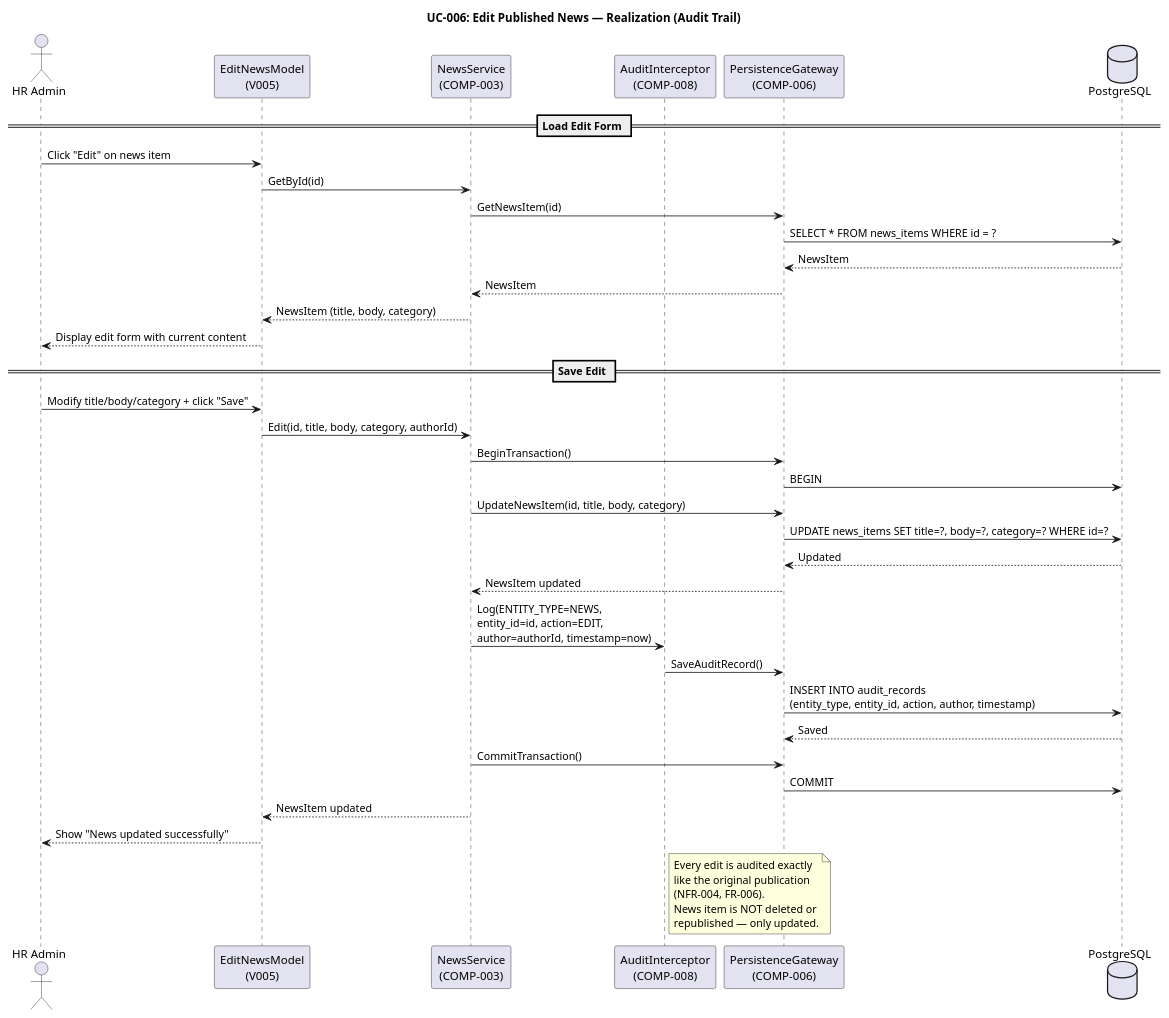
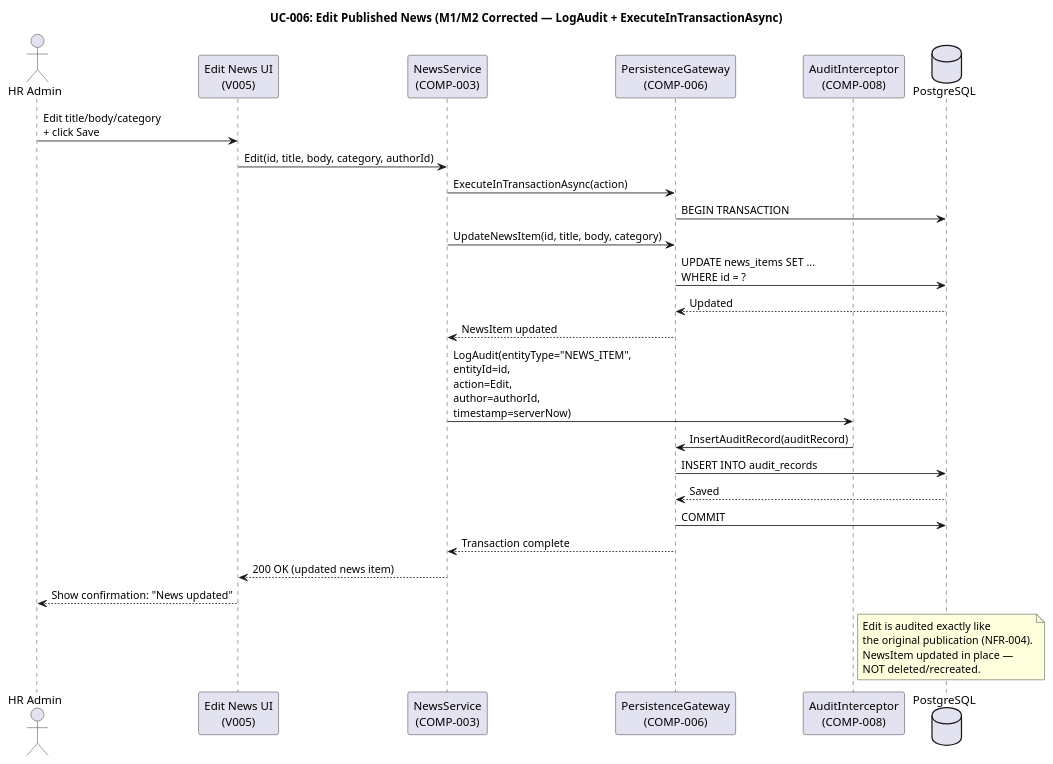
The seventh of 28 diagrams in docs/artifacts/analysis---design/design-model.md (banense-test/portal-cuba-corp), drawn with PlantUML before and after one commit. The commit also changed other lines of this file, not shown here.

First line of the commit message:
Designer [E2]: upsert Design Model

````diff
--- a/docs/artifacts/analysis---design/design-model.md
+++ b/docs/artifacts/analysis---design/design-model.md
@@ -478,54 +464,42 @@
 ```plantuml
 @startuml
-title UC-006: Edit Published News — Realization (Audit Trail)
+title UC-006: Edit Published News (M1/M2 Corrected — LogAudit + ExecuteInTransactionAsync)
 
 actor "HR Admin" as HR
-participant "EditNewsModel\n(V005)" as UI
+participant "Edit News UI\n(V005)" as UI
 participant "NewsService\n(COMP-003)" as SVC
+participant "PersistenceGateway\n(COMP-006)" as DB
 participant "AuditInterceptor\n(COMP-008)" as AUDIT
-participant "PersistenceGateway\n(COMP-006)" as DB
 database "PostgreSQL" as PG
 
-== Load Edit Form ==
-HR -> UI : Click "Edit" on news item
-UI -> SVC : GetById(id)
-SVC -> DB : GetNewsItem(id)
-DB -> PG : SELECT * FROM news_items WHERE id = ?
-PG --> DB : NewsItem
-DB --> SVC : NewsItem
-SVC --> UI : NewsItem (title, body, category)
-UI --> HR : Display edit form with current content
-
-== Save Edit ==
-HR -> UI : Modify title/body/category + click "Save"
+HR -> UI : Edit title/body/category\n+ click Save
 UI -> SVC : Edit(id, title, body, category, authorId)
 
-SVC -> DB : BeginTransaction()
-DB -> PG : BEGIN
+SVC -> DB : ExecuteInTransactionAsync(action)
+DB -> PG : BEGIN TRANSACTION
 
 SVC -> DB : UpdateNewsItem(id, title, body, category)
-DB -> PG : UPDATE news_items SET title=?, body=?, category=? WHERE id=?
+DB -> PG : UPDATE news_items SET ...\nWHERE id = ?
 PG --> DB : Updated
 DB --> SVC : NewsItem updated
 
-SVC -> AUDIT : Log(ENTITY_TYPE=NEWS,\nentity_id=id, action=EDIT,\nauthor=authorId, timestamp=now)
-AUDIT -> DB : SaveAuditRecord()
-DB -> PG : INSERT INTO audit_records\n(entity_type, entity_id, action, author, timestamp)
+SVC -> AUDIT : LogAudit(entityType="NEWS_ITEM",\nentityId=id,\naction=Edit,\nauthor=authorId,\ntimestamp=serverNow)
+AUDIT -> DB : InsertAuditRecord(auditRecord)
+DB -> PG : INSERT INTO audit_records
 PG --> DB : Saved
 
-SVC -> DB : CommitTransaction()
 DB -> PG : COMMIT
+DB --> SVC : Transaction complete
 
-SVC --> UI : NewsItem updated
-UI --> HR : Show "News updated successfully"
+SVC --> UI : 200 OK (updated news item)
+UI --> HR : Show confirmation: "News updated"
 
 note right of AUDIT
-  Every edit is audited exactly
-  like the original publication
-  (NFR-004, FR-006).
-  News item is NOT deleted or
-  republished — only updated.
+  Edit is audited exactly like
+  the original publication (NFR-004).
+  NewsItem updated in place —
+  NOT deleted/recreated.
 end note
 
 @enduml
 ```
````
